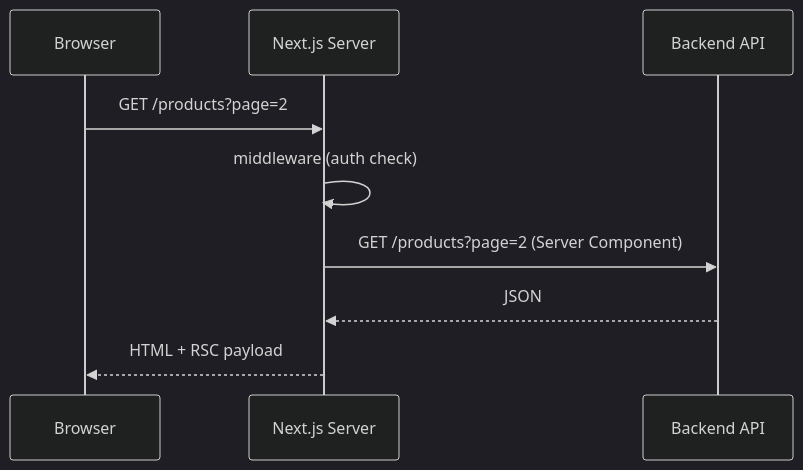
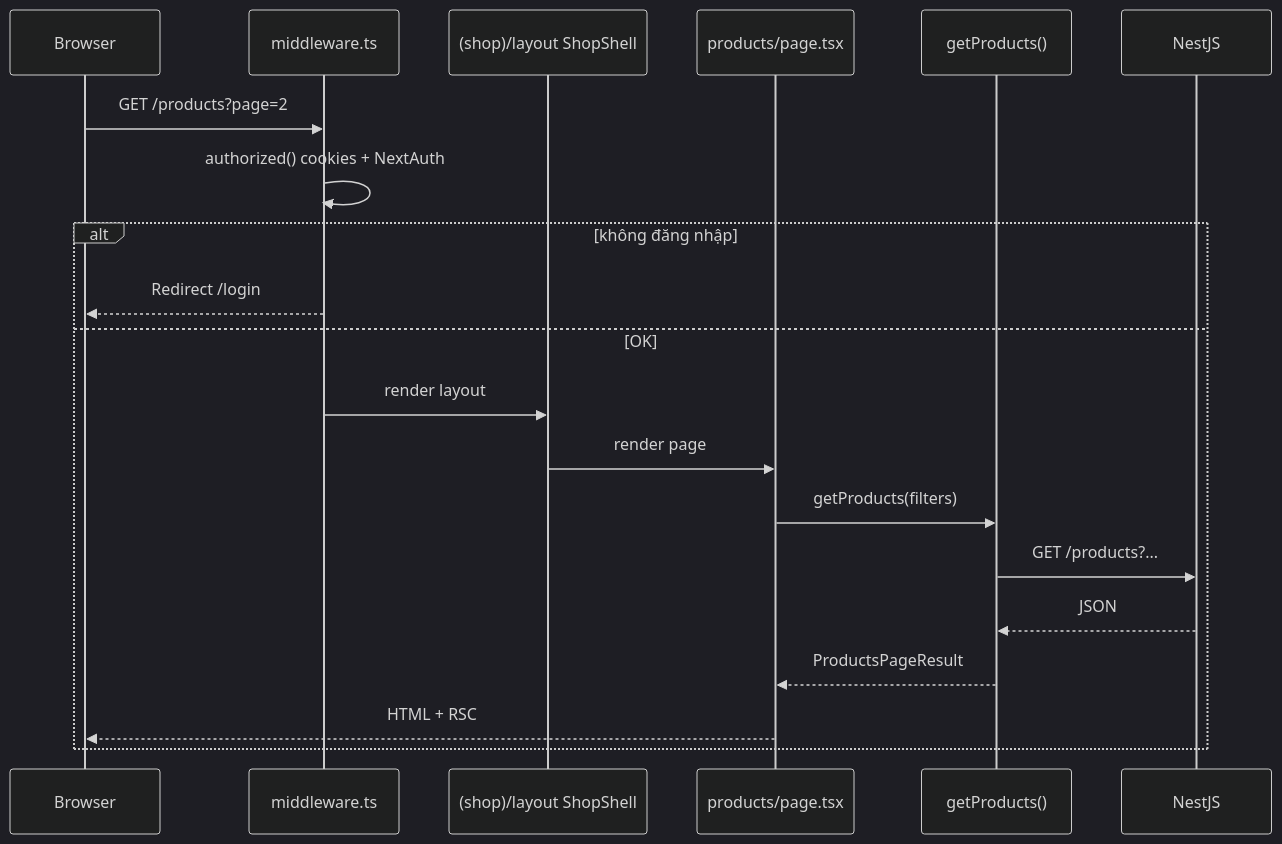
The second of 2 diagrams in NextJS/1. App Router - Chi tiet.md (Tranloi2k/Become-A-Frontend-Developer), drawn with Mermaid (dark theme) before and after one commit. The commit also changed other lines of this file and 34 other files, not shown here.

````diff
--- a/NextJS/1. App Router - Chi tiet.md
+++ b/NextJS/1. App Router - Chi tiet.md
@@ -135,12 +299,23 @@
 ```mermaid
 sequenceDiagram
   participant B as Browser
-  participant N as Next.js Server
-  participant API as Backend API
+  participant M as middleware.ts
+  participant L as (shop)/layout ShopShell
+  participant P as products/page.tsx
+  participant S as getProducts()
+  participant API as NestJS
 
-  B->>N: GET /products?page=2
-  N->>N: middleware (auth check)
-  N->>API: GET /products?page=2 (Server Component)
-  API-->>N: JSON
-  N-->>B: HTML + RSC payload
+  B->>M: GET /products?page=2
+  M->>M: authorized() cookies + NextAuth
+  alt không đăng nhập
+    M-->>B: Redirect /login
+  else OK
+    M->>L: render layout
+    L->>P: render page
+    P->>S: getProducts(filters)
+    S->>API: GET /products?...
+    API-->>S: JSON
+    S-->>P: ProductsPageResult
+    P-->>B: HTML + RSC
+  end
 ```
````
